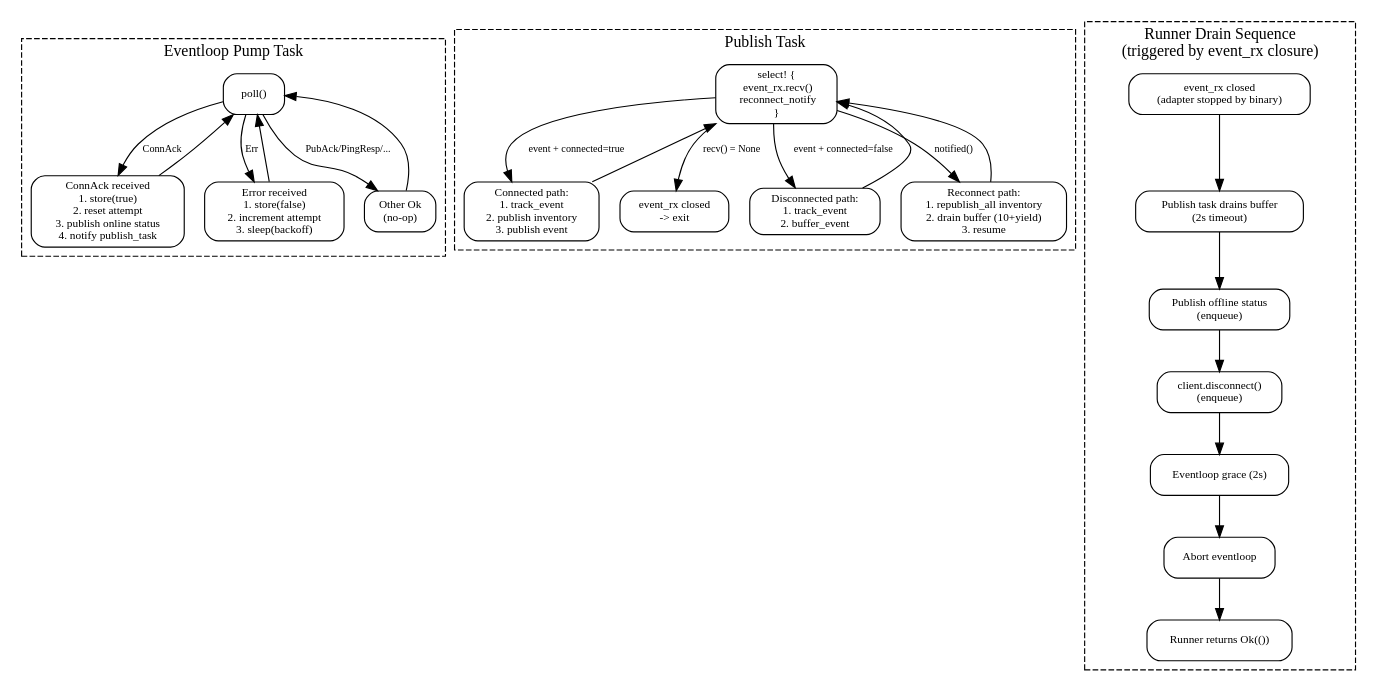
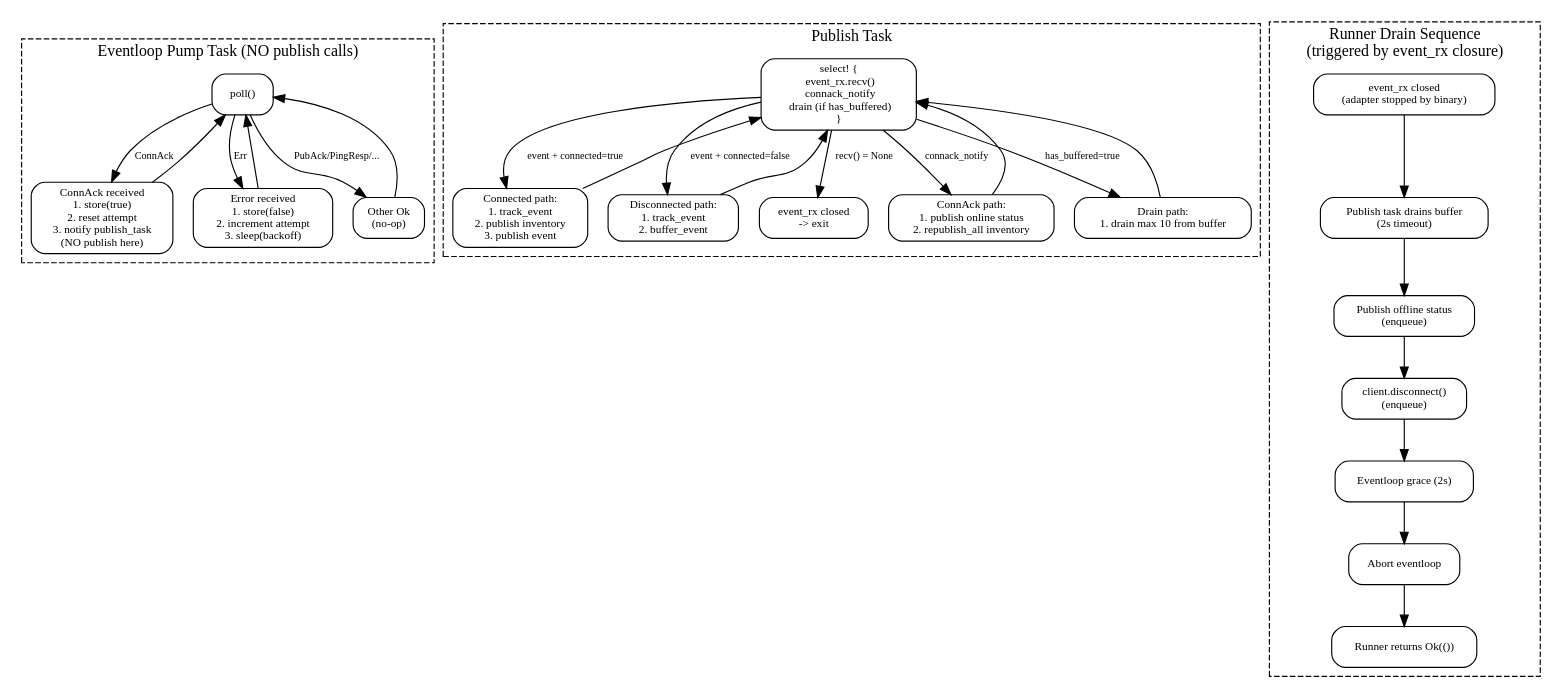
One commit to w-pinkietech/iotkit changed the fourth of 4 diagrams in docs/superpowers/specs/2026-03-29-phase1a-adapter-standalone-design.md. Above: the diagram before and after it, drawn with Graphviz. The commit also changed other lines of this file, not shown here.

````diff
--- a/docs/superpowers/specs/2026-03-29-phase1a-adapter-standalone-design.md
+++ b/docs/superpowers/specs/2026-03-29-phase1a-adapter-standalone-design.md
@@ -1567,56 +1648,59 @@
 ```dot
 digraph mqtt_protocol {
     rankdir=TB;
     compound=true;
     node [shape=box, style=rounded, fontsize=10];
     edge [fontsize=9];
 
     subgraph cluster_eventloop {
-        label="Eventloop Pump Task";
+        label="Eventloop Pump Task (NO publish calls)";
         style=dashed;
         EL_Poll [label="poll()"];
-        EL_ConnAck [label="ConnAck received\n1. store(true)\n2. reset attempt\n3. publish online status\n4. notify publish_task"];
+        EL_ConnAck [label="ConnAck received\n1. store(true)\n2. reset attempt\n3. notify publish_task\n(NO publish here)"];
         EL_Err [label="Error received\n1. store(false)\n2. increment attempt\n3. sleep(backoff)"];
         EL_Ok [label="Other Ok\n(no-op)"];
 
         EL_Poll -> EL_ConnAck [label="ConnAck"];
         EL_Poll -> EL_Err [label="Err"];
         EL_Poll -> EL_Ok [label="PubAck/PingResp/..."];
         EL_ConnAck -> EL_Poll;
         EL_Err -> EL_Poll;
         EL_Ok -> EL_Poll;
     }
 
     subgraph cluster_publish {
         label="Publish Task";
         style=dashed;
-        PT_Select [label="select! {\n  event_rx.recv()\n  reconnect_notify\n}"];
+        PT_Select [label="select! {\n  event_rx.recv()\n  connack_notify\n  drain (if has_buffered)\n}"];
         PT_Event_Connected [label="Connected path:\n1. track_event\n2. publish inventory\n3. publish event"];
         PT_Event_Disconnected [label="Disconnected path:\n1. track_event\n2. buffer_event"];
-        PT_Reconnect [label="Reconnect path:\n1. republish_all inventory\n2. drain buffer (10+yield)\n3. resume"];
+        PT_Reconnect [label="ConnAck path:\n1. publish online status\n2. republish_all inventory"];
+        PT_Drain [label="Drain path:\n1. drain max 10 from buffer"];
         PT_Exit [label="event_rx closed\n-> exit"];
 
         PT_Select -> PT_Event_Connected [label="event + connected=true"];
         PT_Select -> PT_Event_Disconnected [label="event + connected=false"];
-        PT_Select -> PT_Reconnect [label="notified()"];
+        PT_Select -> PT_Reconnect [label="connack_notify"];
+        PT_Select -> PT_Drain [label="has_buffered=true"];
         PT_Select -> PT_Exit [label="recv() = None"];
         PT_Event_Connected -> PT_Select;
         PT_Event_Disconnected -> PT_Select;
         PT_Reconnect -> PT_Select;
+        PT_Drain -> PT_Select;
     }
 
     subgraph cluster_shutdown {
         label="Runner Drain Sequence\n(triggered by event_rx closure)";
         style=dashed;
         S1 [label="event_rx closed\n(adapter stopped by binary)"];
         S2 [label="Publish task drains buffer\n(2s timeout)"];
         S3 [label="Publish offline status\n(enqueue)"];
         S4 [label="client.disconnect()\n(enqueue)"];
         S5 [label="Eventloop grace (2s)"];
         S6 [label="Abort eventloop"];
         S7 [label="Runner returns Ok(())"];
 
         S1 -> S2 -> S3 -> S4 -> S5 -> S6 -> S7;
     }
 }
 ```
````
